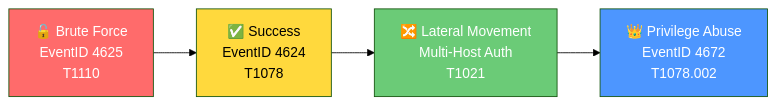
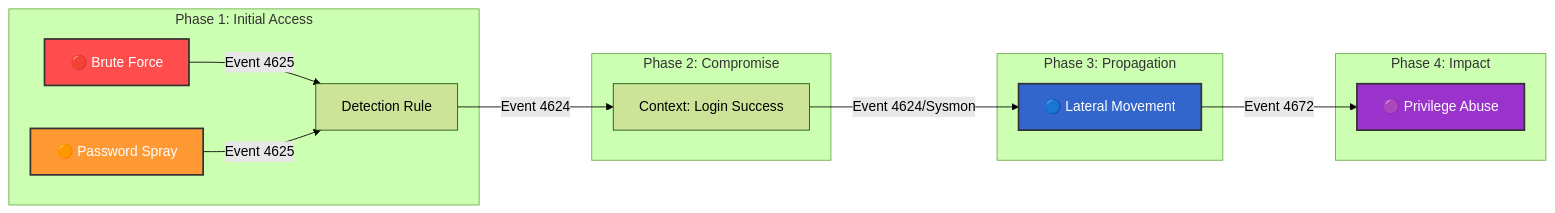
One commit to Ak-cybe/SOC-Lateral-Movement-Detection-with-MITRE-ATT-CK-Mapping changed the diagram in README.md. Above: the diagram before and after it, drawn with Mermaid (forest theme). The commit also changed other lines of this file and 5 other files, not shown here.

````diff
--- a/README.md
+++ b/README.md
@@ -61,11 +30,24 @@
 ```mermaid
-flowchart LR
-    A[🔓 Brute Force<br/>EventID 4625<br/>T1110] --> B[✅ Success<br/>EventID 4624<br/>T1078]
-    B --> C[🔀 Lateral Movement<br/>Multi-Host Auth<br/>T1021]
-    C --> D[👑 Privilege Abuse<br/>EventID 4672<br/>T1078.002]
+graph LR
+    subgraph "Phase 1: Initial Access"
+        A[🔴 Brute Force] -->|Event 4625| B[Detection Rule]
+        A2[🟠 Password Spray] -->|Event 4625| B
+    end
     
-    style A fill:#ff6b6b,color:#fff
-    style B fill:#ffd93d,color:#000
-    style C fill:#6bcb77,color:#fff
-    style D fill:#4d96ff,color:#fff
+    subgraph "Phase 2: Compromise"
+        B -->|Event 4624| C[Context: Login Success]
+    end
+    
+    subgraph "Phase 3: Propagation"
+        C -->|Event 4624/Sysmon| D[🔵 Lateral Movement]
+    end
+    
+    subgraph "Phase 4: Impact"
+        D -->|Event 4672| E[🟣 Privilege Abuse]
+    end
+
+    style A fill:#ff4d4d,stroke:#333,stroke-width:2px,color:#fff
+    style A2 fill:#ff9933,stroke:#333,stroke-width:2px,color:#fff
+    style D fill:#3366cc,stroke:#333,stroke-width:2px,color:#fff
+    style E fill:#9933cc,stroke:#333,stroke-width:2px,color:#fff
 ```
````
